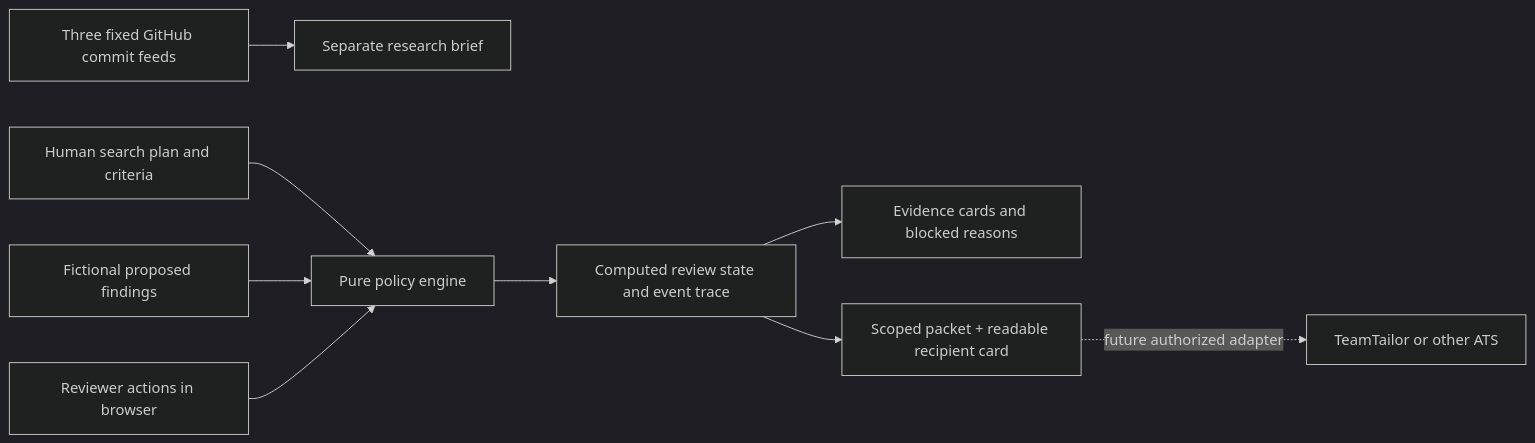
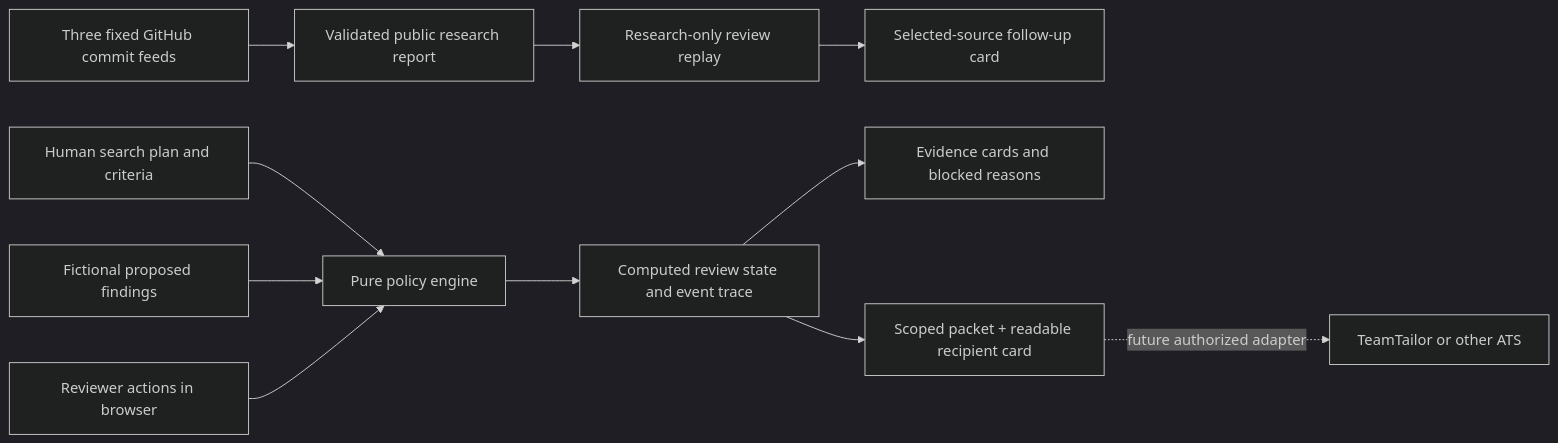
One commit to DiadkoShmek/talent-research-workflow-prototype changed the first of 3 diagrams in docs/architecture.md. Above: the diagram before and after it, drawn with Mermaid (dark theme). The commit also changed other lines of this file and 27 other files, not shown here.

Commit message:
Add source-bound human review to public research pass

````diff
--- a/docs/architecture.md
+++ b/docs/architecture.md
@@ -19,11 +19,13 @@
 ```mermaid
 flowchart LR
-    R[Three fixed GitHub commit feeds] --> RB[Separate research brief]
+    R[Three fixed GitHub commit feeds] --> RB[Validated public research report]
+    RB --> RR[Research-only review replay]
+    RR --> RH[Selected-source follow-up card]
     B[Human search plan and criteria] --> E[Pure policy engine]
     F[Fictional proposed findings] --> E
     U[Reviewer actions in browser] --> E
     E --> Q[Computed review state and event trace]
     Q --> V[Evidence cards and blocked reasons]
     Q --> X[Scoped packet + readable recipient card]
     X -. future authorized adapter .-> ATS[TeamTailor or other ATS]
 ```
````
